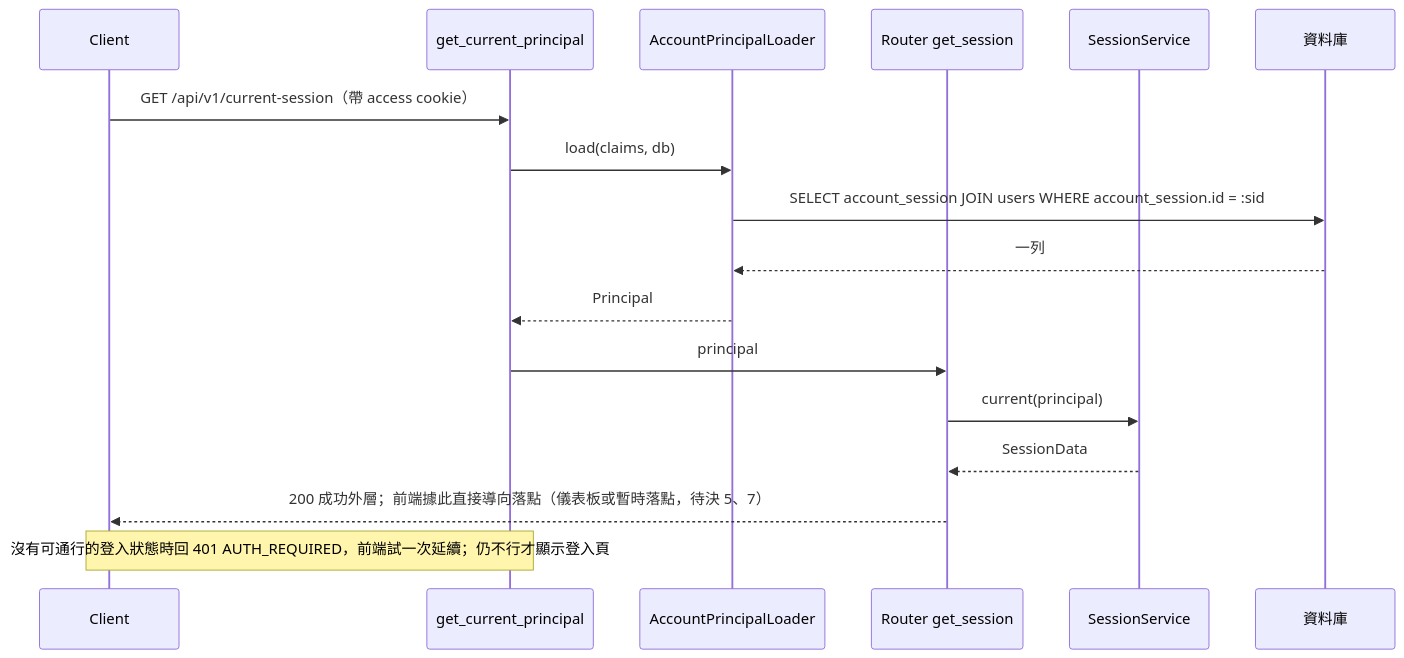
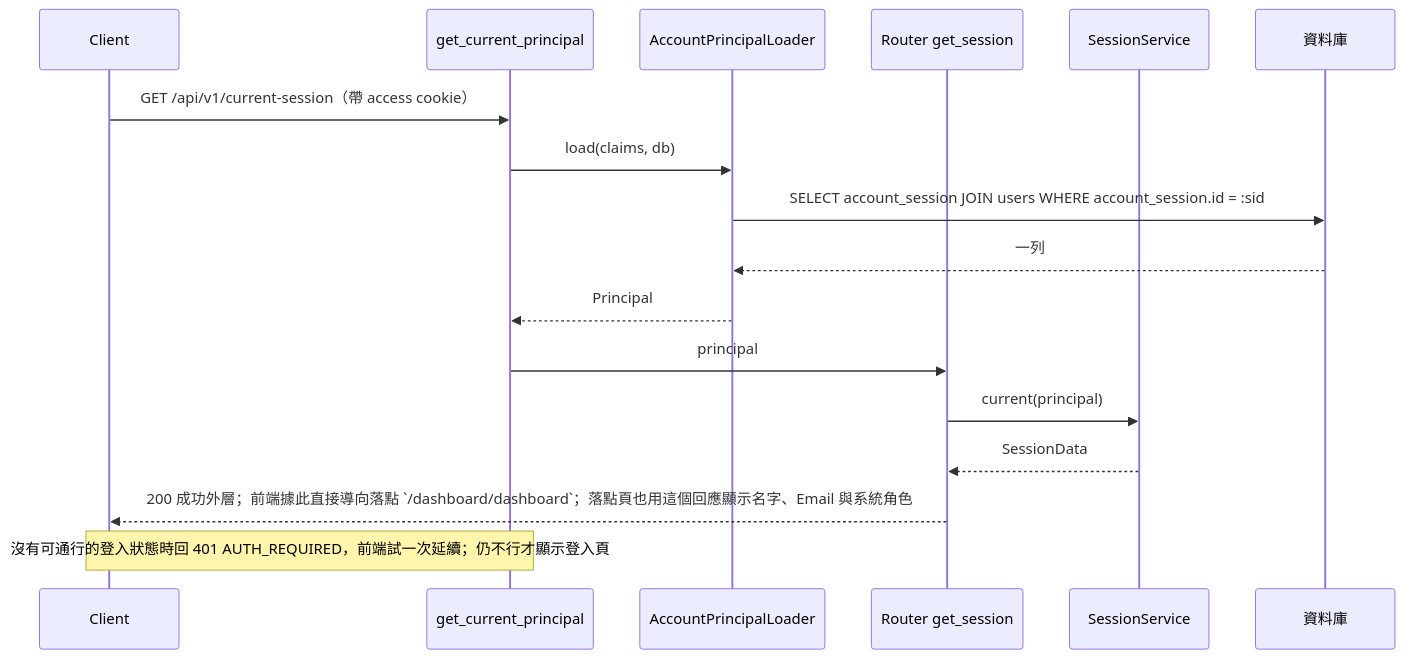
Diagram 16 of 32 in openspec/changes/login-auth-guard/system-design.md (label-suite/label-suite), drawn with Mermaid before and after one commit. The commit also changed other lines of this file and 9 other files, not shown here.

````diff
--- a/openspec/changes/login-auth-guard/system-design.md
+++ b/openspec/changes/login-auth-guard/system-design.md
@@ -688,19 +719,19 @@
 ```mermaid
 sequenceDiagram
   participant C as Client
   participant A as get_current_principal
   participant P as AccountPrincipalLoader
   participant R as Router get_session
   participant S as SessionService
   participant DB as 資料庫
   C->>A: GET /api/v1/current-session（帶 access cookie）
   A->>P: load(claims, db)
   P->>DB: SELECT account_session JOIN users WHERE account_session.id = :sid
   DB-->>P: 一列
   P-->>A: Principal
   A->>R: principal
   R->>S: current(principal)
   S-->>R: SessionData
-  R-->>C: 200 成功外層；前端據此直接導向落點（儀表板或暫時落點，待決 5、7）
+  R-->>C: 200 成功外層；前端據此直接導向落點 `/dashboard/dashboard`；落點頁也用這個回應顯示名字、Email 與系統角色
   Note over C,A: 沒有可通行的登入狀態時回 401 AUTH_REQUIRED，前端試一次延續；仍不行才顯示登入頁
 ```
````
